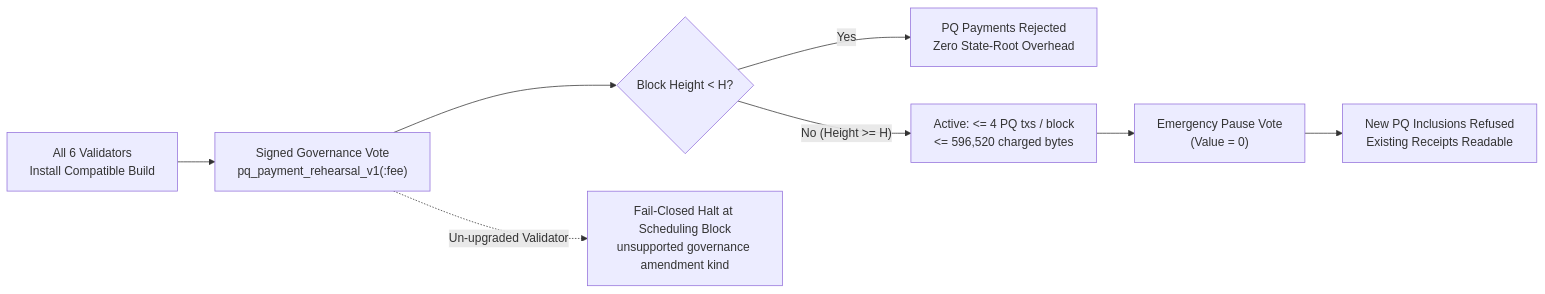
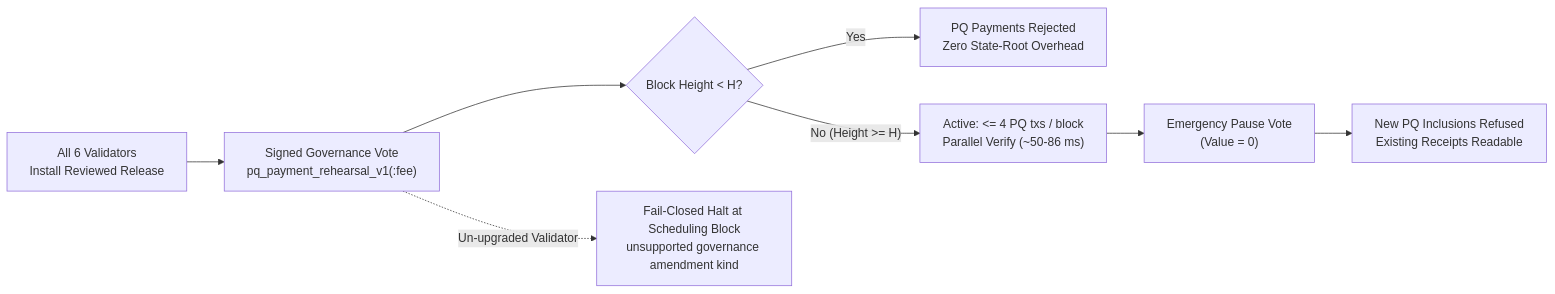
Before and after one commit to postfiatorg/postfiatorg.github.io: the diagram in content/blog/peel-binius-quantum-safe-private-payments.md, drawn with Mermaid. The commit also changed other lines of this file and 8 other files, not shown here.

````diff
--- a/content/blog/peel-binius-quantum-safe-private-payments.md
+++ b/content/blog/peel-binius-quantum-safe-private-payments.md
@@ -106,10 +157,10 @@
 ```mermaid
 flowchart LR
-    A["All 6 Validators<br/>Install Compatible Build"] --> B["Signed Governance Vote<br/>pq_payment_rehearsal_v1(:fee)"]
+    A["All 6 Validators<br/>Install Reviewed Release"] --> B["Signed Governance Vote<br/>pq_payment_rehearsal_v1(:fee)"]
     B --> C{"Block Height < H?"}
     C -- "Yes" --> D["PQ Payments Rejected<br/>Zero State-Root Overhead"]
-    C -- "No (Height >= H)" --> E["Active: <= 4 PQ txs / block<br/><= 596,520 charged bytes"]
+    C -- "No (Height >= H)" --> E["Active: <= 4 PQ txs / block<br/>Parallel Verify (~50-86 ms)"]
     E --> F["Emergency Pause Vote<br/>(Value = 0)"]
     F --> G["New PQ Inclusions Refused<br/>Existing Receipts Readable"]
     B -. "Un-upgraded Validator" .-> H["Fail-Closed Halt at Scheduling Block<br/>unsupported governance amendment kind"]
 ```
````
